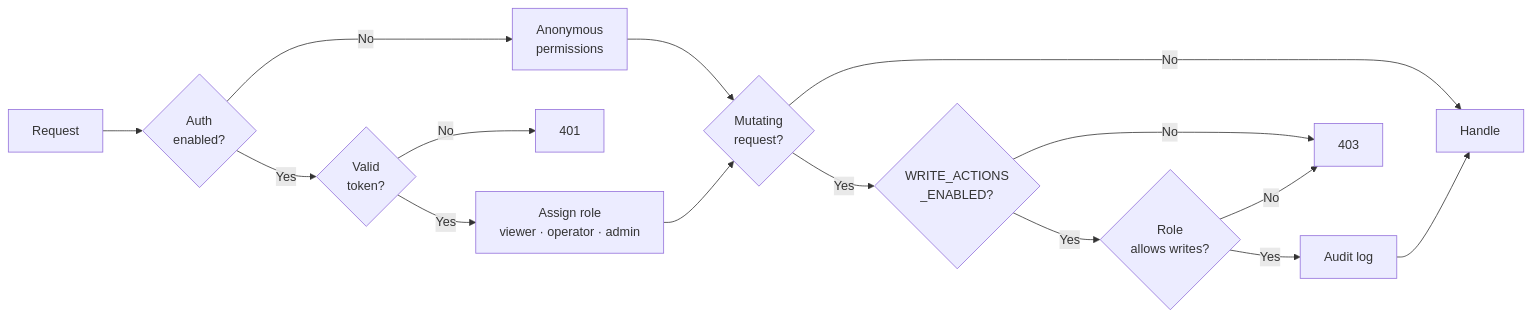
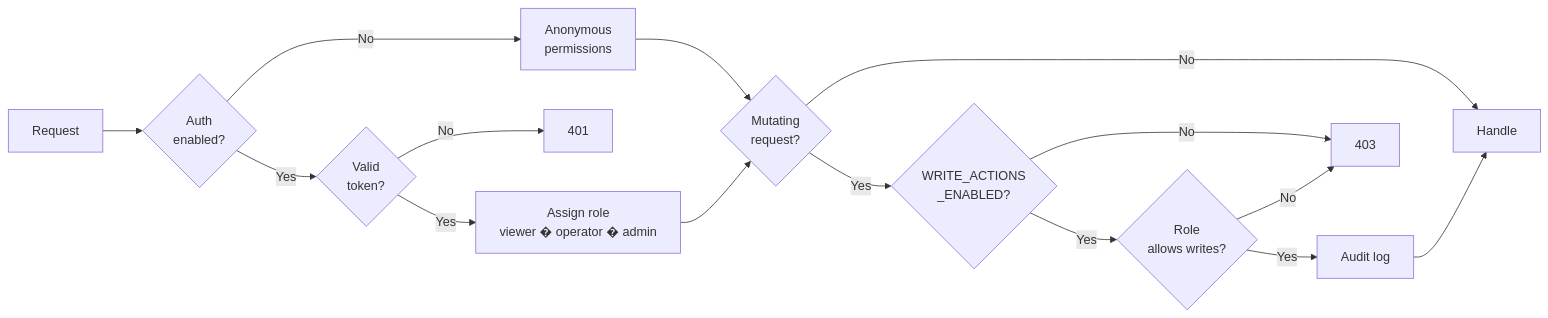
One commit to AnouarMohamed/KubLens-AI changed the second of 3 diagrams in docs/ARCHITECTURE.md. Above: the diagram before and after it, drawn with Mermaid. The commit also changed other lines of this file and 108 other files, not shown here.

Commit message:
feat: upgrade platform architecture and observability

````diff
--- a/docs/ARCHITECTURE.md
+++ b/docs/ARCHITECTURE.md
@@ -27,16 +30,16 @@
 ```mermaid
 flowchart LR
     Req["Request"] --> AuthCheck{"Auth\nenabled?"}
     AuthCheck -->|No| Anon["Anonymous\npermissions"]
     AuthCheck -->|Yes| Token{"Valid\ntoken?"}
     Token -->|No| E401["401"]
-    Token -->|Yes| Role["Assign role\nviewer · operator · admin"]
+    Token -->|Yes| Role["Assign role\nviewer � operator � admin"]
     Anon --> MutCheck{"Mutating\nrequest?"}
     Role --> MutCheck
     MutCheck -->|No| Handle["Handle"]
     MutCheck -->|Yes| Gate{"WRITE_ACTIONS\n_ENABLED?"}
     Gate -->|No| E403["403"]
     Gate -->|Yes| RoleCheck{"Role\nallows writes?"}
     RoleCheck -->|No| E403
     RoleCheck -->|Yes| Audit["Audit log"] --> Handle
 ```
````
